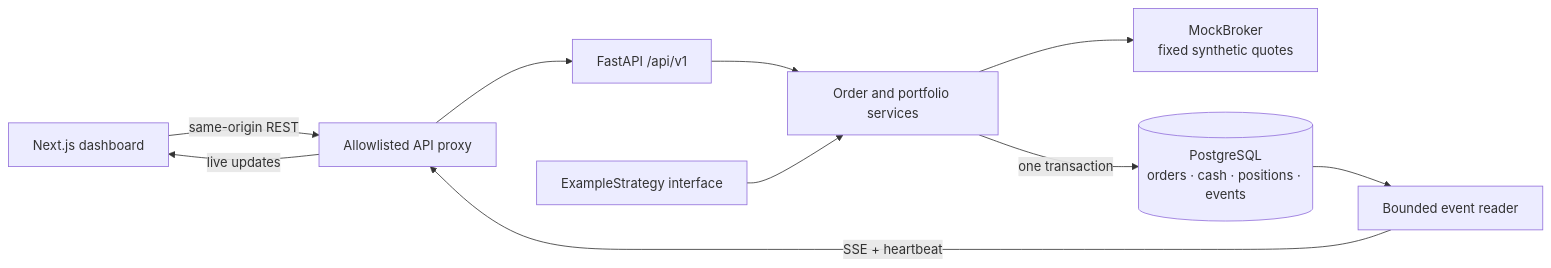
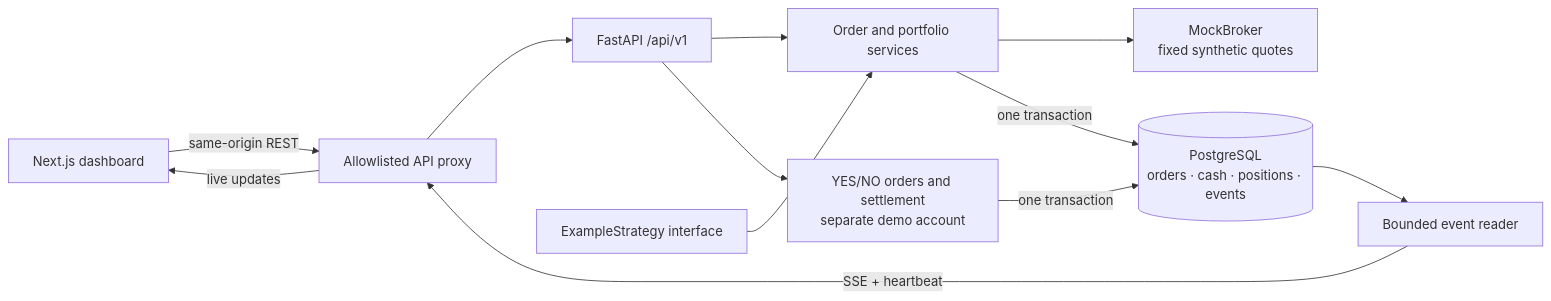
One commit to crocco7575/caterium-public changed the diagram in README.md. Above: the diagram before and after it, drawn with Mermaid. The commit also changed other lines of this file and 26 other files, not shown here.

````diff
--- a/README.md
+++ b/README.md
@@ -81,12 +104,14 @@
 ```mermaid
 flowchart LR
     UI[Next.js dashboard] -->|same-origin REST| Proxy[Allowlisted API proxy]
     Proxy --> API[FastAPI /api/v1]
     API --> Service[Order and portfolio services]
     Example[ExampleStrategy interface] --> Service
     Service --> Broker["MockBroker<br/>fixed synthetic quotes"]
+    API --> Prediction["YES/NO orders and settlement<br/>separate demo account"]
+    Prediction -->|one transaction| DB
     Service -->|one transaction| DB[("PostgreSQL<br/>orders · cash · positions · events")]
     DB --> Stream[Bounded event reader]
     Stream -->|SSE + heartbeat| Proxy
     Proxy -->|live updates| UI
 ```
````
